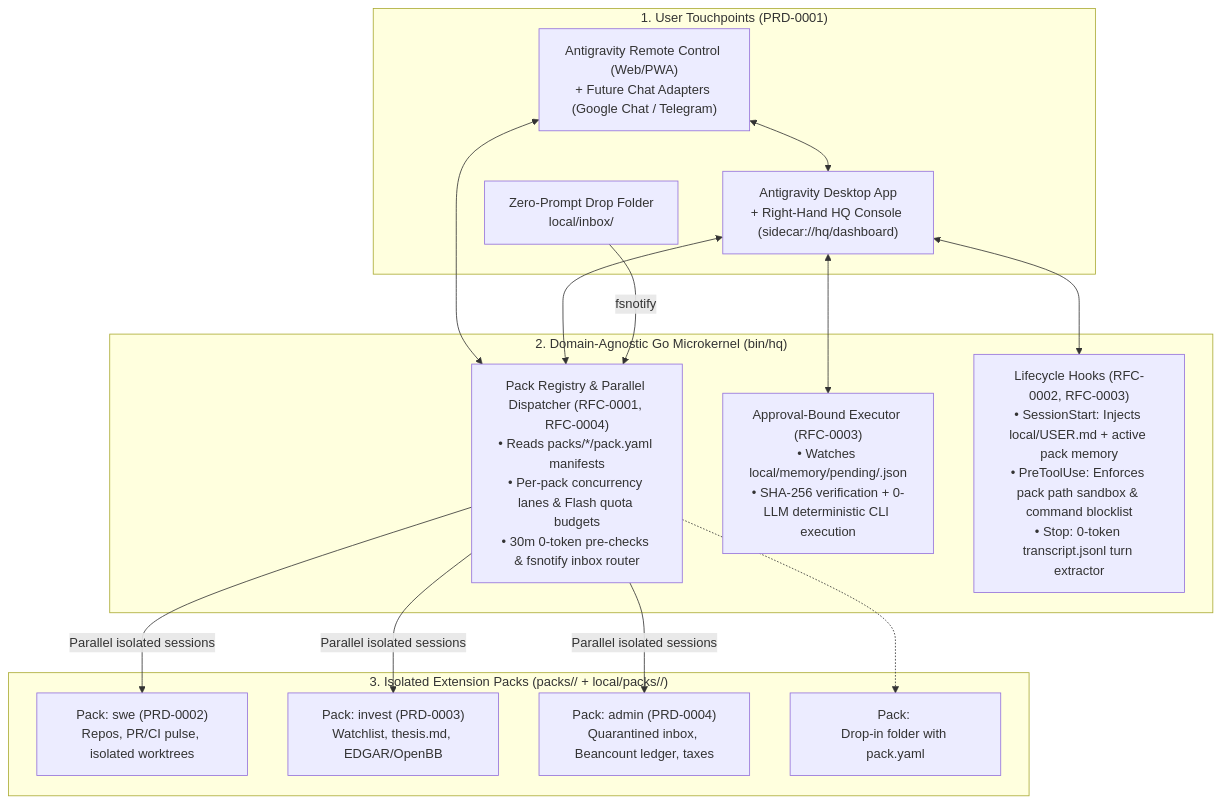
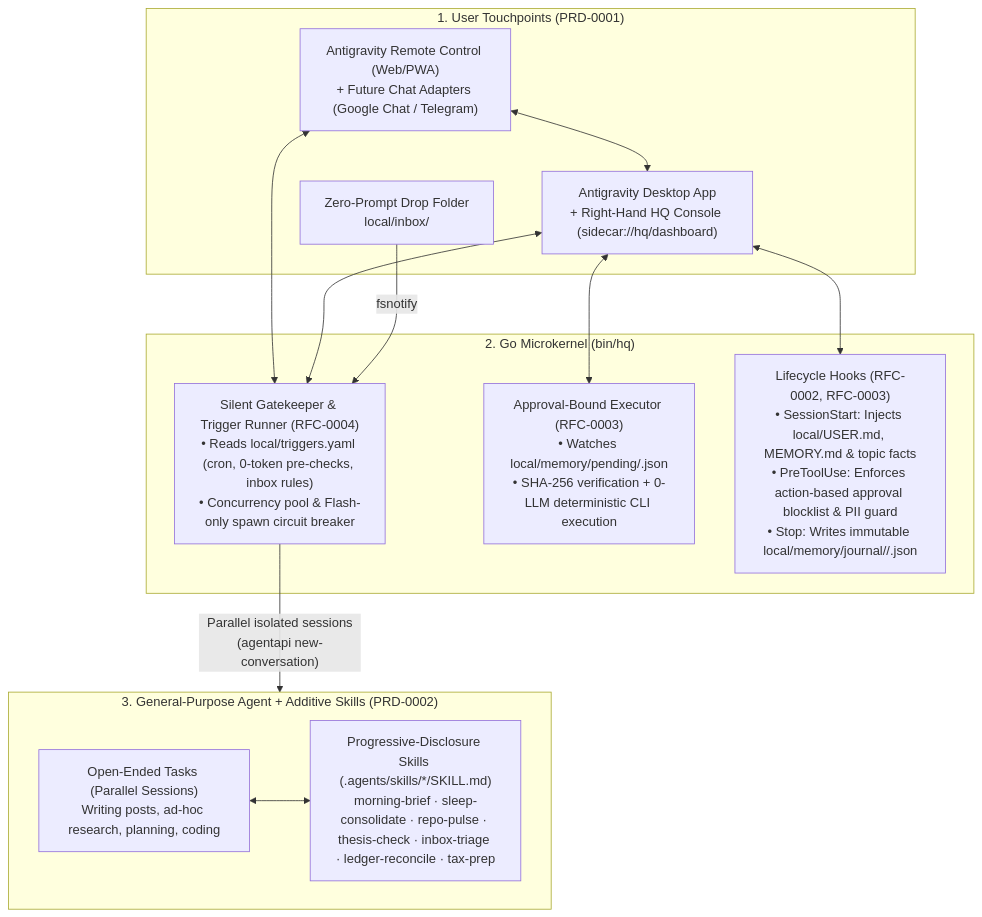
Before and after one commit to zjshen14/agy-hq: the diagram in docs/architecture.md, drawn with Mermaid. The commit also changed other lines of this file and 16 other files, not shown here.

Commit message:
docs: replace rigid domain packs with general-purpose agent + additive skills (ADR-0006)

````diff
--- a/docs/architecture.md
+++ b/docs/architecture.md
@@ -19,32 +20,28 @@
 ```mermaid
 flowchart TB
   subgraph Touchpoints["1. User Touchpoints (PRD-0001)"]
     RC["Antigravity Remote Control (Web/PWA)\n+ Future Chat Adapters (Google Chat / Telegram)"]
     DESK["Antigravity Desktop App\n+ Right-Hand HQ Console (sidecar://hq/dashboard)"]
     DROP["Zero-Prompt Drop Folder\nlocal/inbox/"]
   end
 
-  subgraph Microkernel["2. Domain-Agnostic Go Microkernel (bin/hq)"]
-    DISP["Pack Registry & Parallel Dispatcher (RFC-0001, RFC-0004)\n• Reads packs/*/pack.yaml manifests\n• Per-pack concurrency lanes & Flash quota budgets\n• 30m 0-token pre-checks & fsnotify inbox router"]
+  subgraph Microkernel["2. Go Microkernel (bin/hq)"]
+    GATE["Silent Gatekeeper & Trigger Runner (RFC-0004)\n• Reads local/triggers.yaml (cron, 0-token pre-checks, inbox rules)\n• Concurrency pool & Flash-only spawn circuit breaker"]
     EXEC["Approval-Bound Executor (RFC-0003)\n• Watches local/memory/pending/<uuid>.json\n• SHA-256 verification + 0-LLM deterministic CLI execution"]
-    HOOKS["Lifecycle Hooks (RFC-0002, RFC-0003)\n• SessionStart: Injects local/USER.md + active pack memory\n• PreToolUse: Enforces pack path sandbox & command blocklist\n• Stop: 0-token transcript.jsonl turn extractor"]
+    HOOKS["Lifecycle Hooks (RFC-0002, RFC-0003)\n• SessionStart: Injects local/USER.md, MEMORY.md & topic facts\n• PreToolUse: Enforces action-based approval blocklist & PII guard\n• Stop: Writes immutable local/memory/journal/<date>/<convId>.json"]
   end
 
-  subgraph Packs["3. Isolated Extension Packs (packs/<id>/ + local/packs/<id>/)"]
-    P1["Pack: swe (PRD-0002)\nRepos, PR/CI pulse, isolated worktrees"]
-    P2["Pack: invest (PRD-0003)\nWatchlist, thesis.md, EDGAR/OpenBB"]
-    P3["Pack: admin (PRD-0004)\nQuarantined inbox, Beancount ledger, taxes"]
-    PN["Pack: <any-future-pack>\nDrop-in folder with pack.yaml"]
+  subgraph AgentLayer["3. General-Purpose Agent + Additive Skills (PRD-0002)"]
+    GEN["Open-Ended Tasks (Parallel Sessions)\nWriting posts, ad-hoc research, planning, coding"]
+    SKILLS["Progressive-Disclosure Skills (.agents/skills/*/SKILL.md)\nmorning-brief · sleep-consolidate · repo-pulse · thesis-check · inbox-triage · ledger-reconcile · tax-prep"]
   end
 
   RC <--> DESK
-  RC <--> DISP
-  DESK <--> DISP
-  DROP -- "fsnotify" --> DISP
-  DISP -- "Parallel isolated sessions" --> P1
-  DISP -- "Parallel isolated sessions" --> P2
-  DISP -- "Parallel isolated sessions" --> P3
-  DISP -.-> PN
+  RC <--> GATE
+  DESK <--> GATE
+  DROP -- "fsnotify" --> GATE
+  GATE -- "Parallel isolated sessions\n(agentapi new-conversation)" --> AgentLayer
   DESK <--> HOOKS
   DESK <--> EXEC
+  GEN <--> SKILLS
 ```
````
